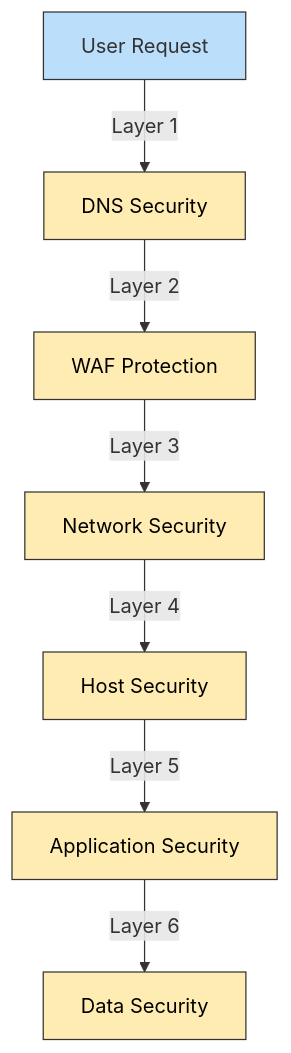
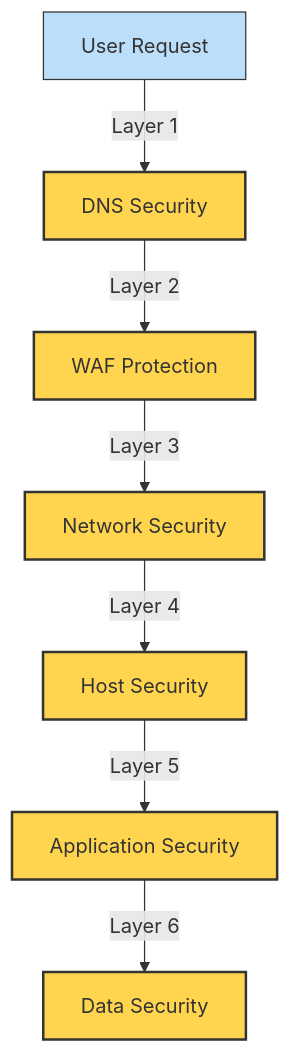
Before and after one commit to Hack23/cia: the tenth of 12 diagrams in SECURITY_ARCHITECTURE.md, drawn with Mermaid. The commit also changed other lines of this file, not shown here.

````diff
--- a/SECURITY_ARCHITECTURE.md
+++ b/SECURITY_ARCHITECTURE.md
@@ -848,15 +1119,17 @@
 ```mermaid
 graph TD
-    classDef layer fill:#ffecb3,stroke:#333,stroke-width:1px,color:black
-    classDef user fill:#bbdefb,stroke:#333,stroke-width:1px
-    
     A[User Request] -->|Layer 1| B[DNS Security]
     B -->|Layer 2| C[WAF Protection]
     C -->|Layer 3| D[Network Security]
     D -->|Layer 4| E[Host Security]
     E -->|Layer 5| F[Application Security]
     F -->|Layer 6| G[Data Security]
     
-    class A user
-    class B,C,D,E,F,G layer
+    style A fill:#bbdefb,stroke:#333,stroke-width:1px
+    style B fill:#ffd54f,stroke:#333,stroke-width:2px
+    style C fill:#ffd54f,stroke:#333,stroke-width:2px
+    style D fill:#ffd54f,stroke:#333,stroke-width:2px
+    style E fill:#ffd54f,stroke:#333,stroke-width:2px
+    style F fill:#ffd54f,stroke:#333,stroke-width:2px
+    style G fill:#ffd54f,stroke:#333,stroke-width:2px
 ```
````
